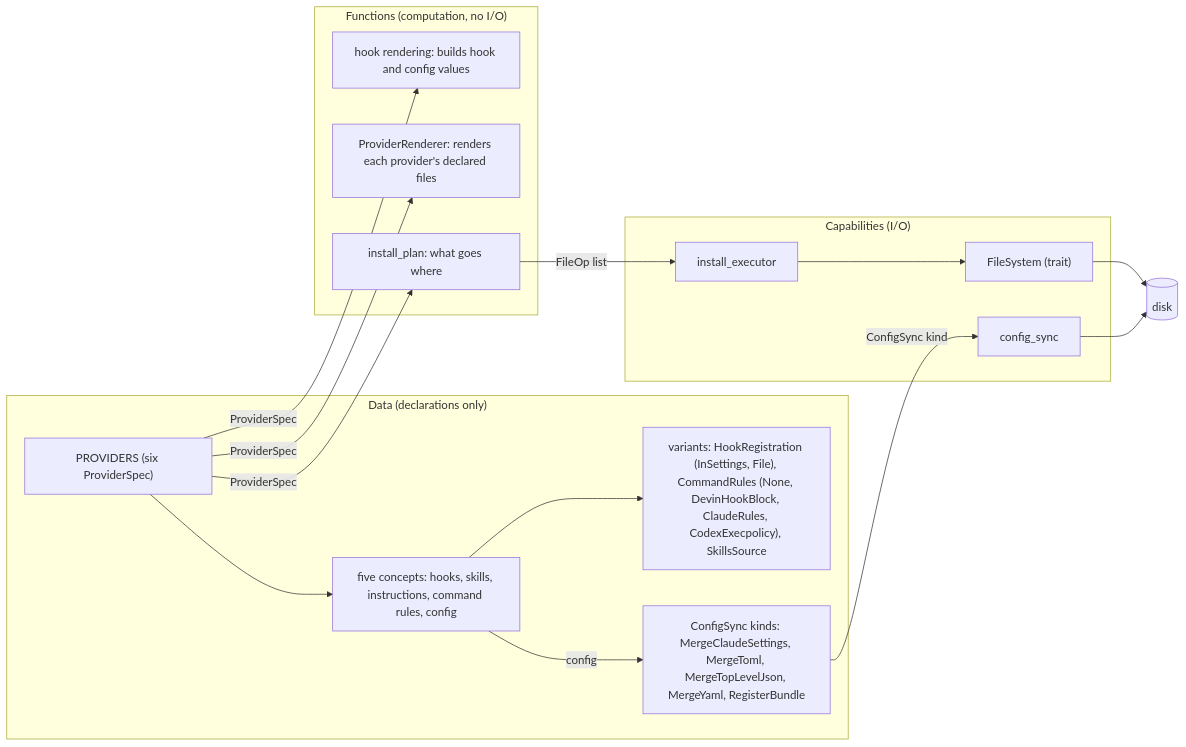
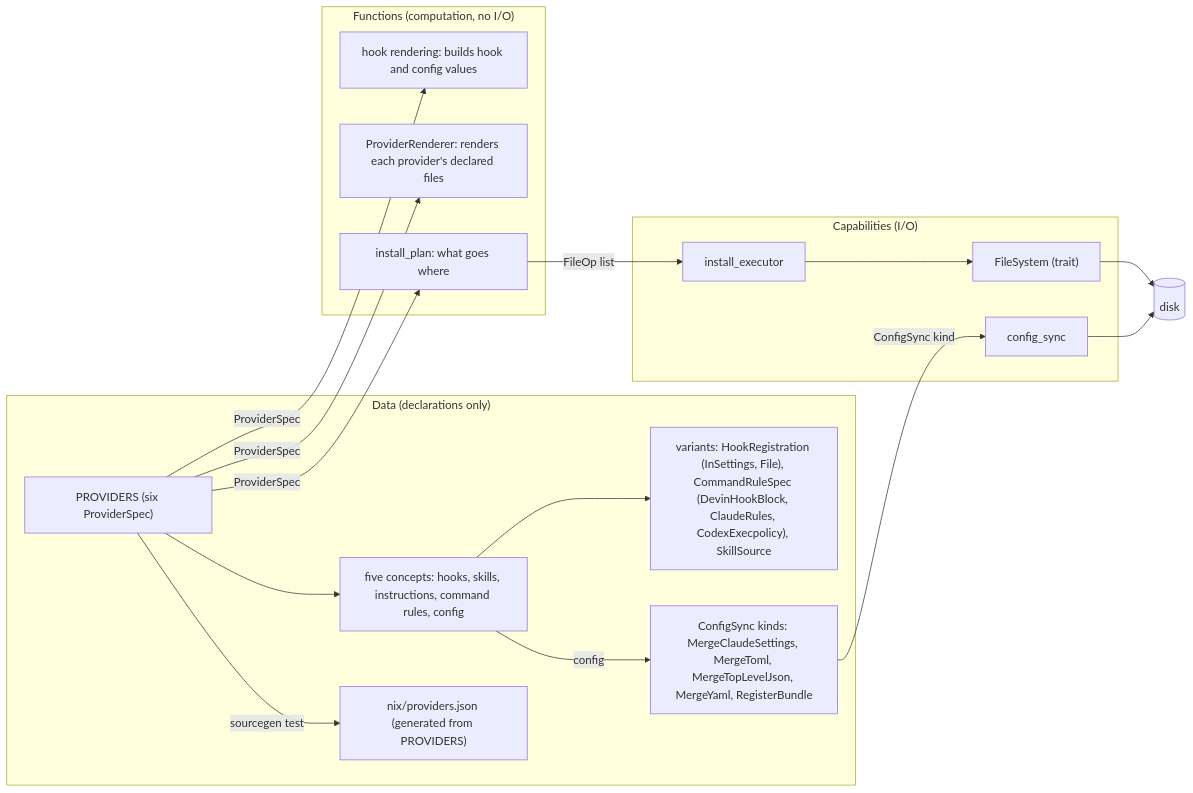
Before and after one commit to furedea/agent-harness: the first of 2 diagrams in docs/DESIGN.md, drawn with Mermaid. The commit also changed other lines of this file and 3 other files, not shown here.

````diff
--- a/docs/DESIGN.md
+++ b/docs/DESIGN.md
@@ -91,31 +93,33 @@
 ```mermaid
 flowchart LR
   subgraph D["Data (declarations only)"]
     SPEC["PROVIDERS (six ProviderSpec)"]
     CONCEPTS["five concepts: hooks, skills, instructions, command rules, config"]
-    VARIANTS["variants: HookRegistration (InSettings, File), CommandRules (None, DevinHookBlock, ClaudeRules, CodexExecpolicy), SkillsSource"]
+    VARIANTS["variants: HookRegistration (InSettings, File), CommandRuleSpec (DevinHookBlock, ClaudeRules, CodexExecpolicy), SkillSource"]
+    JSON["nix/providers.json (generated from PROVIDERS)"]
     KINDS["ConfigSync kinds: MergeClaudeSettings, MergeToml, MergeTopLevelJson, MergeYaml, RegisterBundle"]
   end
   subgraph F["Functions (computation, no I/O)"]
     RENDER["hook rendering: builds hook and config values"]
     RENDERER["ProviderRenderer: renders each provider's declared files"]
     PLAN["install_plan: what goes where"]
   end
   subgraph C["Capabilities (I/O)"]
     EXEC["install_executor"]
     FS["FileSystem (trait)"]
     SYNC["config_sync"]
   end
   DISK[("disk")]
   SPEC -- "ProviderSpec" --> RENDER
   SPEC -- "ProviderSpec" --> RENDERER
   SPEC -- "ProviderSpec" --> PLAN
   SPEC --> CONCEPTS
   CONCEPTS --> VARIANTS
   CONCEPTS -- "config" --> KINDS
+  SPEC -- "sourcegen test" --> JSON
   KINDS -- "ConfigSync kind" --> SYNC
   PLAN -- "FileOp list" --> EXEC
   EXEC --> FS
   FS --> DISK
   SYNC --> DISK
 ```
````
